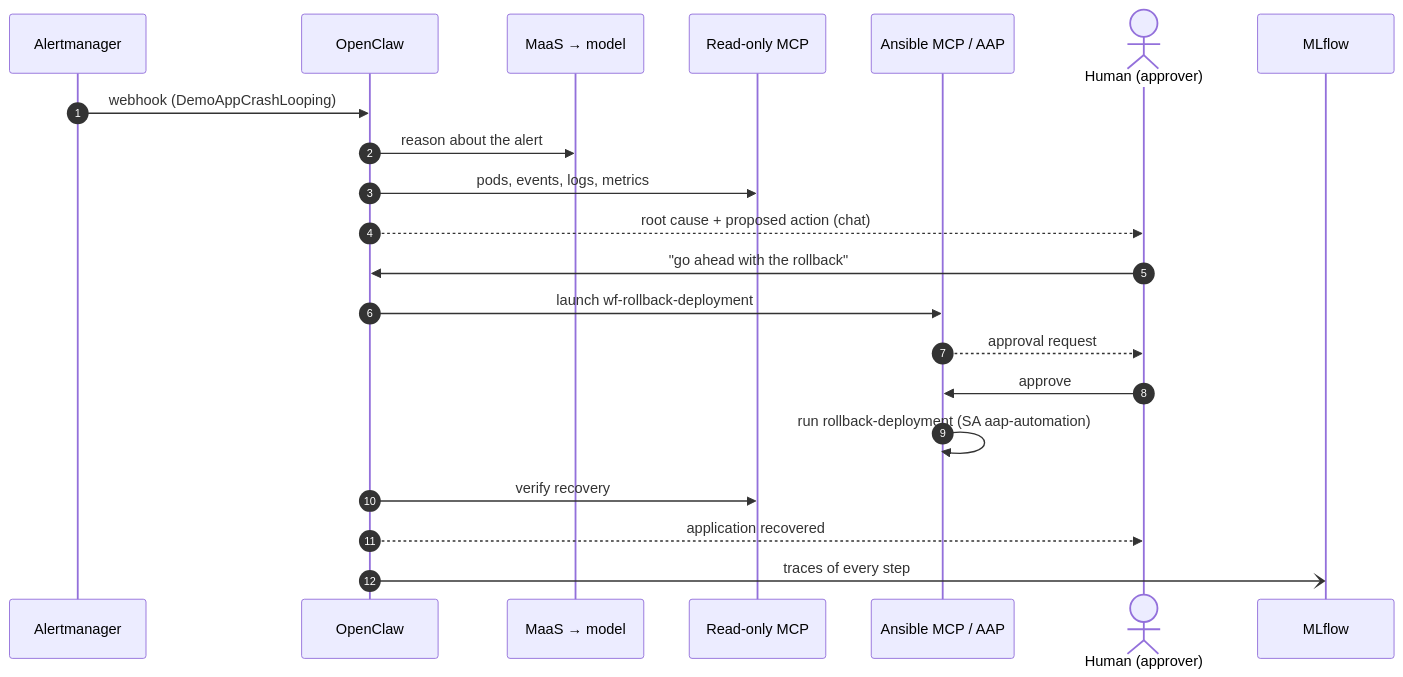
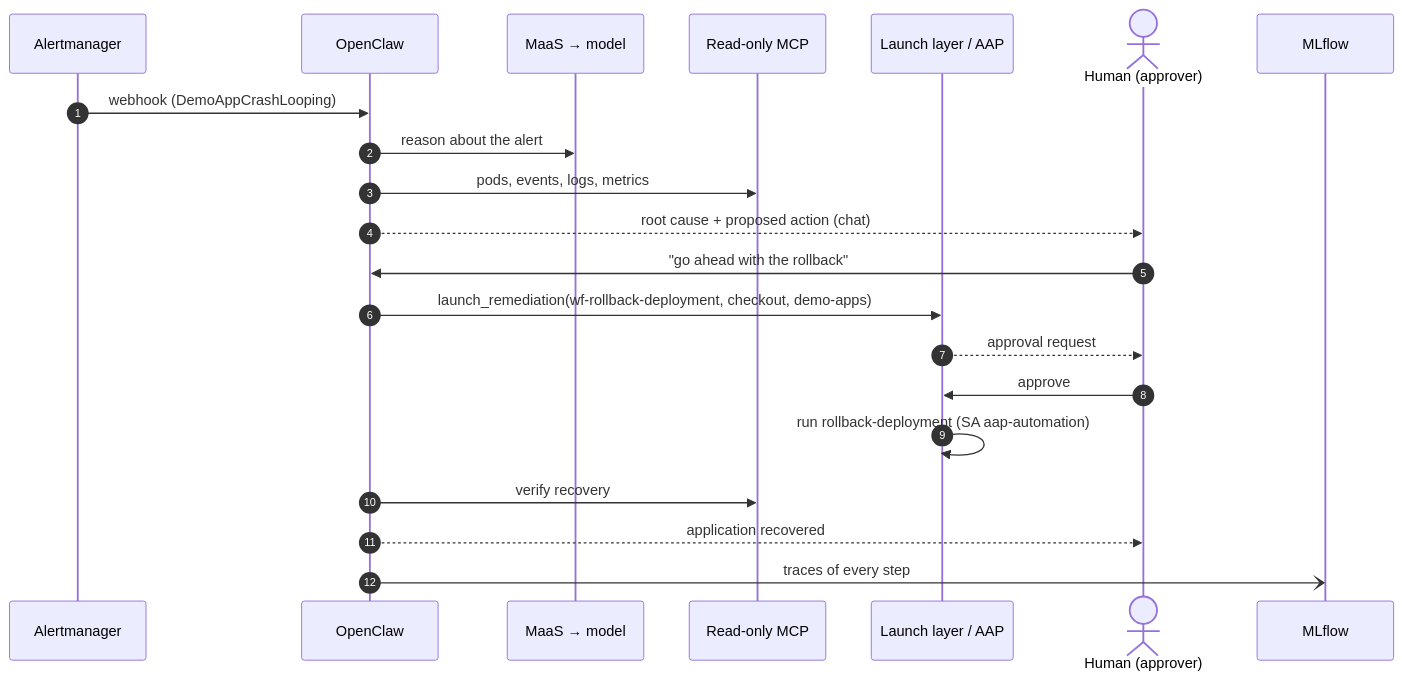
The second of 2 diagrams in README.md (lccherri/openclaw-aiops-poc), drawn with Mermaid before and after one commit. The commit also changed other lines of this file and 13 other files, not shown here.

````diff
--- a/README.md
+++ b/README.md
@@ -130,24 +139,24 @@
 ```mermaid
 sequenceDiagram
     autonumber
     participant AM as Alertmanager
     participant OC as OpenClaw
     participant M as MaaS → model
     participant MCP as Read-only MCP
-    participant A as Ansible MCP / AAP
+    participant A as Launch layer / AAP
     actor H as Human (approver)
     participant ML as MLflow
 
     AM->>OC: webhook (DemoAppCrashLooping)
     OC->>M: reason about the alert
     OC->>MCP: pods, events, logs, metrics
     OC-->>H: root cause + proposed action (chat)
     H->>OC: "go ahead with the rollback"
-    OC->>A: launch wf-rollback-deployment
+    OC->>A: launch_remediation(wf-rollback-deployment, checkout, demo-apps)
     A-->>H: approval request
     H->>A: approve
     A->>A: run rollback-deployment (SA aap-automation)
     OC->>MCP: verify recovery
     OC-->>H: application recovered
     OC-)ML: traces of every step
 ```
````
